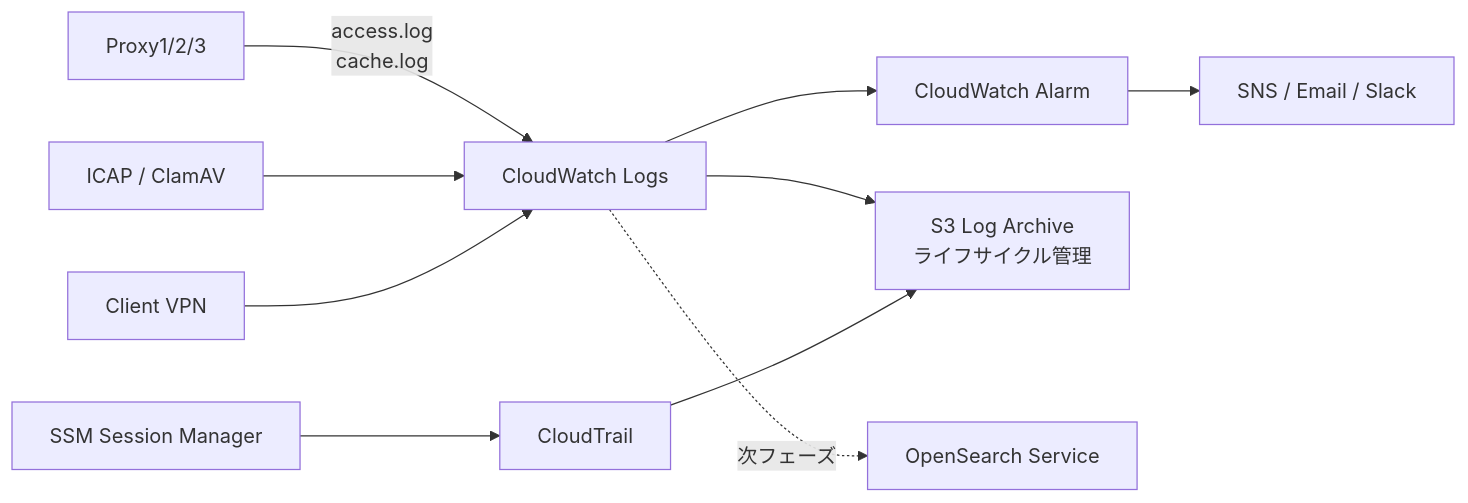
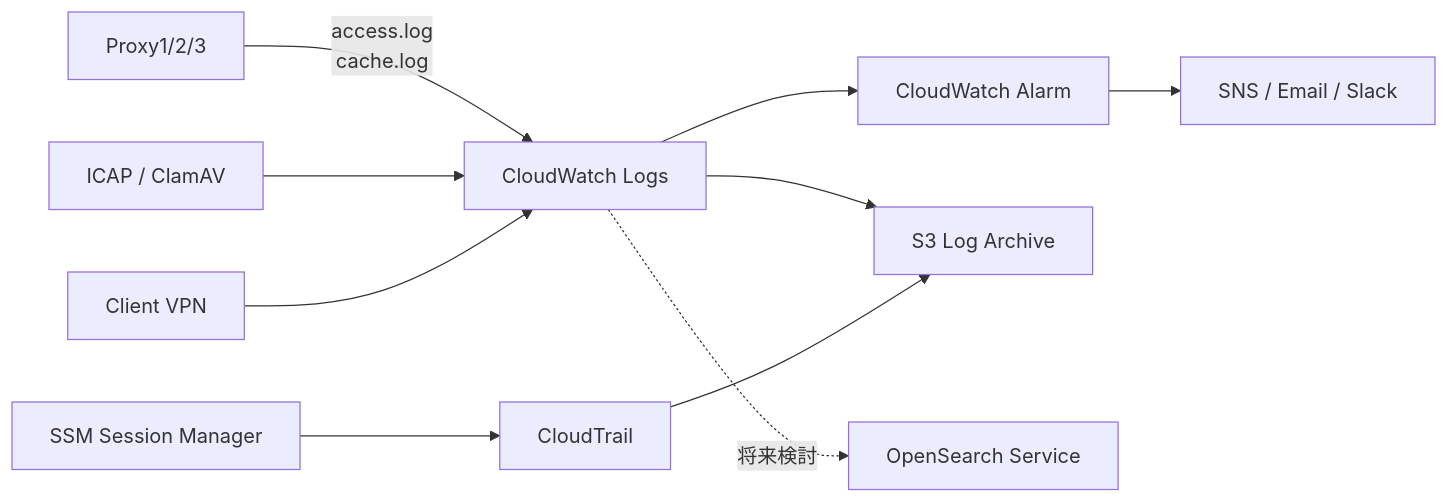
One commit to Tanasu0417/code-of-life-public changed the first of 2 diagrams in aws-deployment-plan.md. Above: the diagram before and after it, drawn with Mermaid. The commit also changed other lines of this file and 7 other files, not shown here.

````diff
--- a/aws-deployment-plan.md
+++ b/aws-deployment-plan.md
@@ -210,12 +242,12 @@
 ```mermaid
 graph LR
     PX[Proxy1/2/3] -->|access.log<br/>cache.log| CW[CloudWatch Logs]
     ICAP[ICAP / ClamAV] --> CW
     VPN[Client VPN] --> CW
     CW --> ALM[CloudWatch Alarm]
-    CW --> S3A[S3 Log Archive<br/>ライフサイクル管理]
-    CW -.次フェーズ.-> OS[OpenSearch Service]
+    CW --> S3A[S3 Log Archive]
+    CW -.将来検討.-> OS[OpenSearch Service]
     ALM --> SNS[SNS / Email / Slack]
     SSM[SSM Session Manager] --> CT[CloudTrail]
     CT --> S3A
 ```
````
